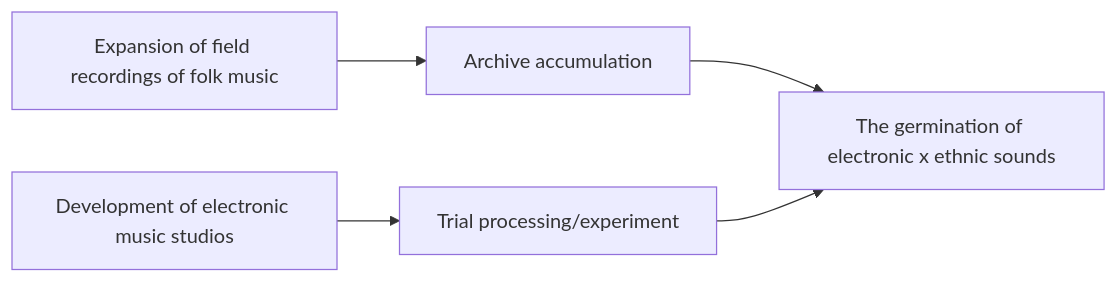
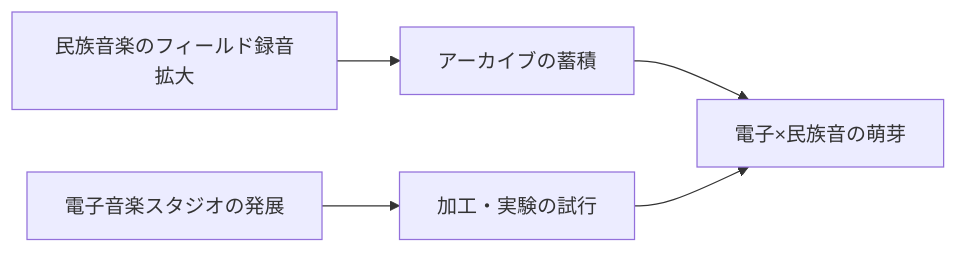
The fourth of 5 diagrams in en/_posts/2025-12-09-column-electronic-world-fusion.md (monumental-movement/monumental-movement.github.io), drawn with Mermaid before and after one commit. The commit also changed other lines of this file and 2196 other files, not shown here.

```diff
--- a/en/_posts/2025-12-09-column-electronic-world-fusion.md
+++ b/en/_posts/2025-12-09-column-electronic-world-fusion.md
@@ -255,7 +254,7 @@
 <div class="mermaid">
 flowchart LR
-    A["Expansion of field recordings of folk music"] --> C["Archive accumulation"]
-    B["Development of electronic music studios"] --> D["Trial processing/experiment"]
-    C --> E["The germination of electronic x ethnic sounds"]
+    A["民族音楽のフィールド録音拡大"] --> C["アーカイブの蓄積"]
+    B["電子音楽スタジオの発展"] --> D["加工・実験の試行"]
+    C --> E["電子×民族音の萌芽"]
     D --> E
 </div>
```
